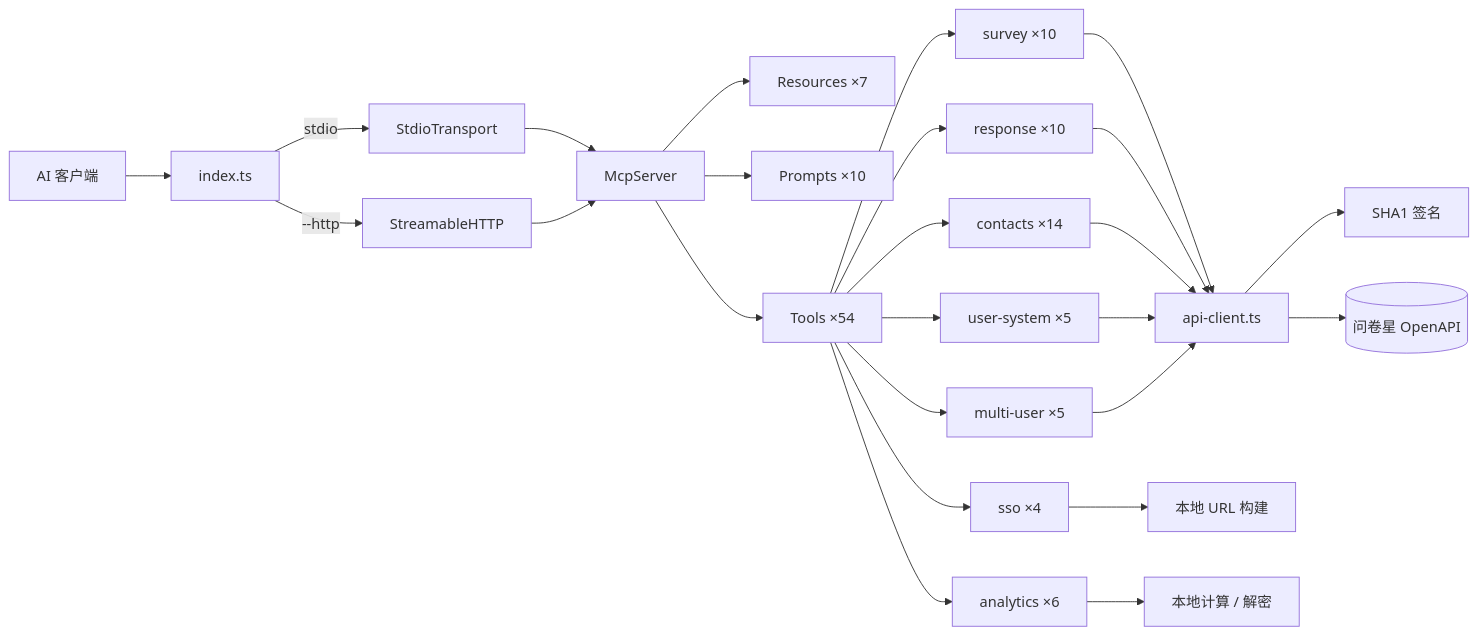
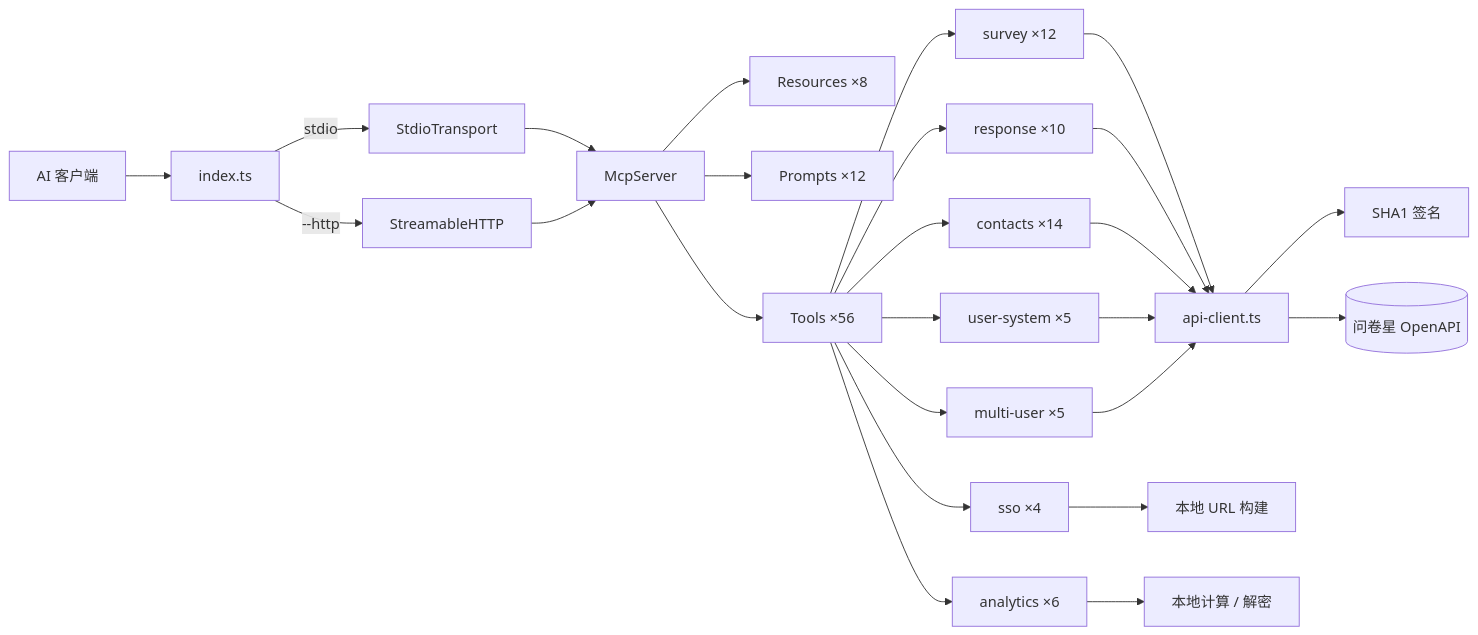
One commit to wjxcom/wjx-ai-kit changed the diagram in wjx-ai-kit/wjx-mcp-server/README.md. Above: the diagram before and after it, drawn with Mermaid. The commit also changed other lines of this file, not shown here.

First line of the commit message:
docs: update wjx-mcp-server README counts and fix content

````diff
--- a/wjx-ai-kit/wjx-mcp-server/README.md
+++ b/wjx-ai-kit/wjx-mcp-server/README.md
@@ -48,28 +48,28 @@
 ```mermaid
 flowchart LR
     Client[AI 客户端] --> Entry[index.ts]
     Entry --> |stdio| STDIO[StdioTransport]
     Entry --> |--http| HTTP[StreamableHTTP]
 
     STDIO --> Server[McpServer]
     HTTP --> Server
 
-    Server --> R[Resources ×7]
-    Server --> P[Prompts ×10]
-    Server --> Tools[Tools ×54]
+    Server --> R[Resources ×8]
+    Server --> P[Prompts ×12]
+    Server --> Tools[Tools ×56]
 
-    Tools --> S1[survey ×10]
+    Tools --> S1[survey ×12]
     Tools --> S2[response ×10]
     Tools --> S3[contacts ×14]
     Tools --> S4[sso ×4]
     Tools --> S5[user-system ×5]
     Tools --> S6[multi-user ×5]
     Tools --> S7[analytics ×6]
 
     S1 & S2 & S3 & S5 & S6 --> API[api-client.ts]
     API --> Sign[SHA1 签名]
     API --> WJX[(问卷星 OpenAPI)]
 
     S4 --> URL[本地 URL 构建]
     S7 --> Calc[本地计算 / 解密]
 ```
````
